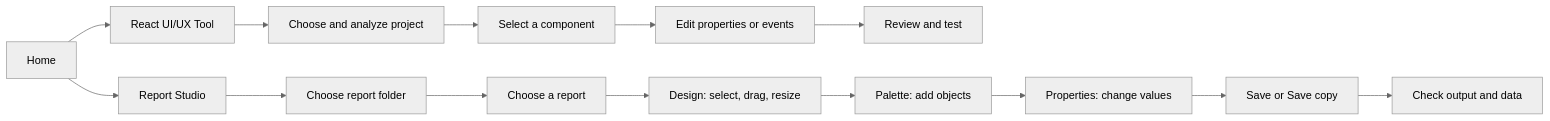
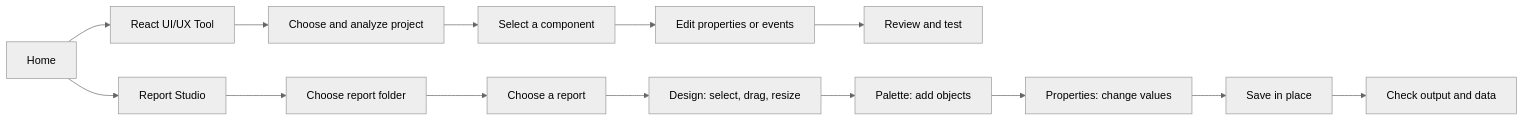
Before and after one commit to RaditteAnggoro/react-uiux-tool: the third of 3 diagrams in docs/USER_GUIDE_EN.md, drawn with Mermaid (neutral theme). The commit also changed other lines of this file and 40 other files, not shown here.

First line of the commit message:
Refine studio UX, single in-place report save, and docs

````diff
--- a/docs/USER_GUIDE_EN.md
+++ b/docs/USER_GUIDE_EN.md
@@ -662,16 +681,16 @@
 ```mermaid
 flowchart LR
   H[Home] --> R[React UI/UX Tool]
   H --> S[Report Studio]
   R --> P[Choose and analyze project]
   P --> C[Select a component]
   C --> I[Edit properties or events]
   I --> V[Review and test]
   S --> F[Choose report folder]
   F --> L[Choose a report]
   L --> D[Design: select, drag, resize]
   D --> A[Palette: add objects]
   A --> O[Properties: change values]
-  O --> W[Save or Save copy]
+  O --> W[Save in place]
   W --> T[Check output and data]
 ```
````
